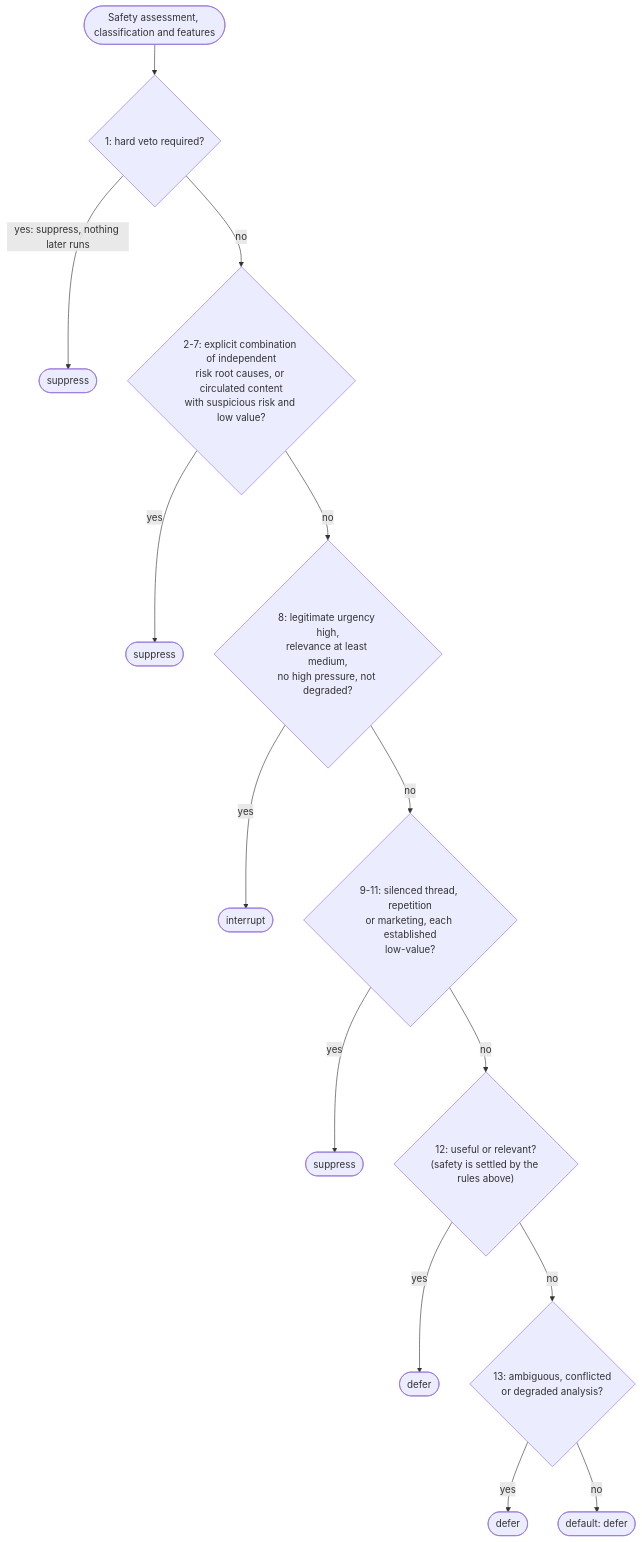
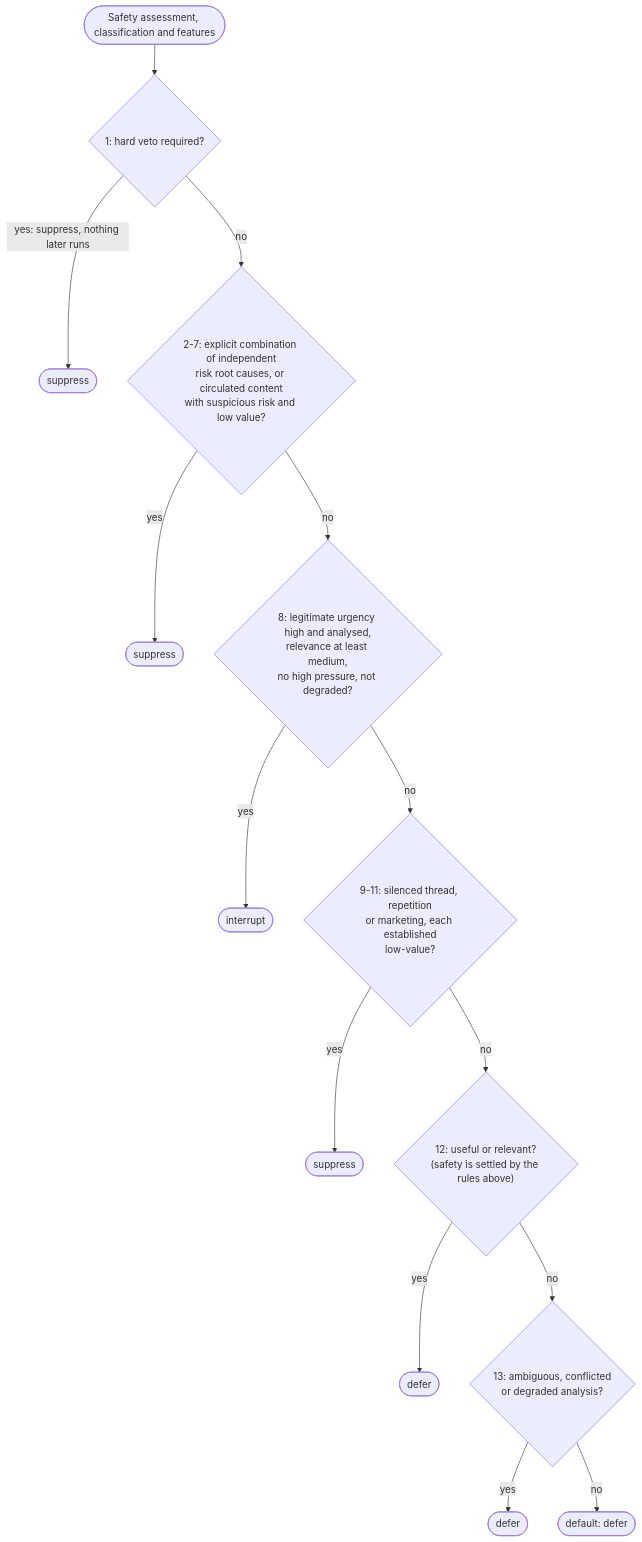
Before and after one commit to adelcampovj/multimodal-message-router: the diagram in docs/routing-policy.md, drawn with Mermaid. The commit also changed other lines of this file and 5 other files, not shown here.

````diff
--- a/docs/routing-policy.md
+++ b/docs/routing-policy.md
@@ -37,16 +37,16 @@
 ```mermaid
 flowchart TD
     START(["Safety assessment, classification and features"]) --> R1{"1: hard veto required?"}
     R1 -->|"yes: suppress, nothing later runs"| ACT_S1(["suppress"])
     R1 -->|"no"| R27{"2-7: explicit combination of independent<br/>risk root causes, or circulated content<br/>with suspicious risk and low value?"}
     R27 -->|"yes"| ACT_S2(["suppress"])
-    R27 -->|"no"| R8{"8: legitimate urgency high,<br/>relevance at least medium,<br/>no high pressure, not degraded?"}
+    R27 -->|"no"| R8{"8: legitimate urgency high and analysed,<br/>relevance at least medium,<br/>no high pressure, not degraded?"}
     R8 -->|"yes"| ACT_I(["interrupt"])
     R8 -->|"no"| R911{"9-11: silenced thread, repetition<br/>or marketing, each established<br/>low-value?"}
     R911 -->|"yes"| ACT_S3(["suppress"])
     R911 -->|"no"| R12{"12: useful or relevant?<br/>(safety is settled by the rules above)"}
     R12 -->|"yes"| ACT_D1(["defer"])
     R12 -->|"no"| R13{"13: ambiguous, conflicted<br/>or degraded analysis?"}
     R13 -->|"yes"| ACT_D2(["defer"])
     R13 -->|"no"| ACT_D3(["default: defer"])
 ```
````
